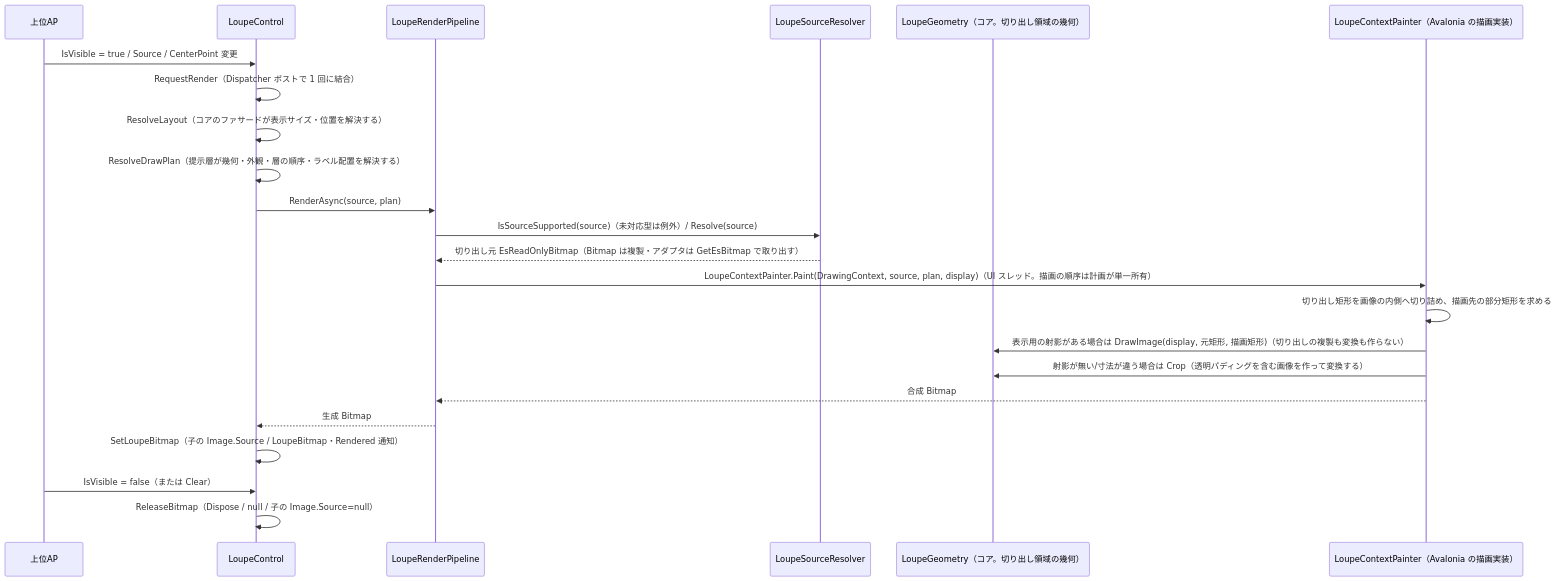
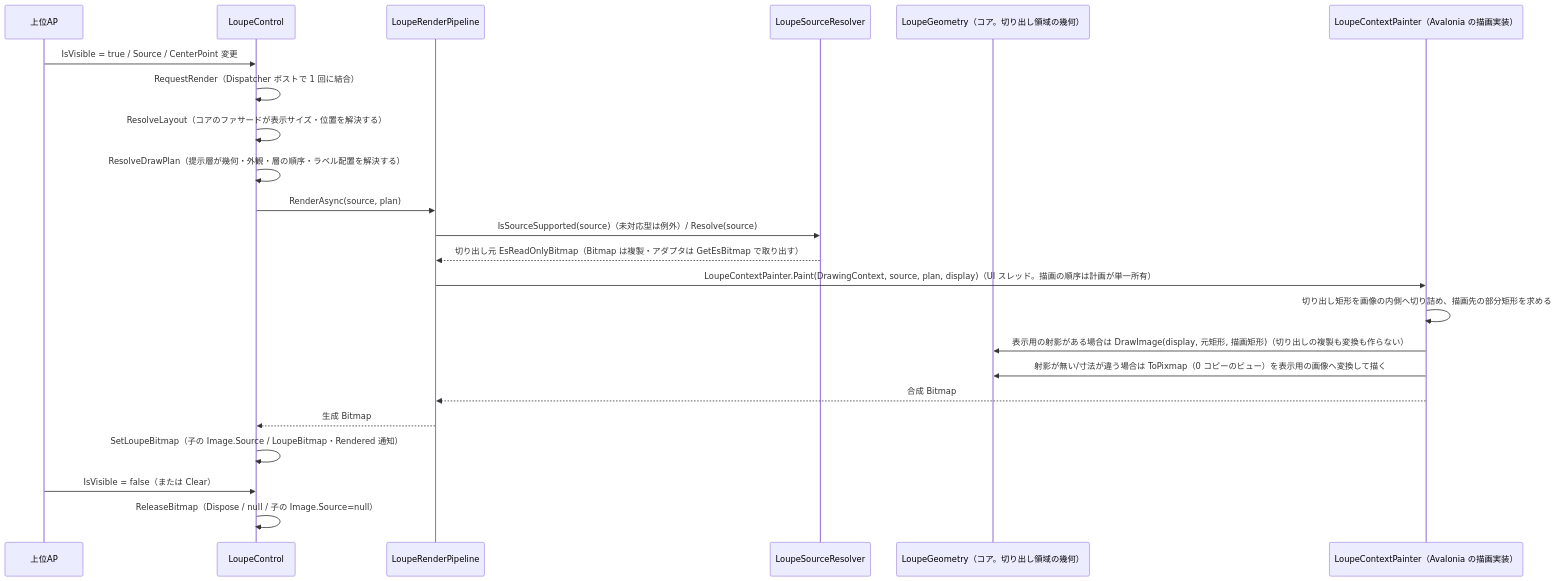
The second of 2 diagrams in src/EsUtil.Feature.Loupe.ControlAvaloniaUI/docs/SPEC_System.md (tomokuni/SaveEvidence), drawn with Mermaid before and after one commit. The commit also changed other lines of this file and 51 other files, not shown here.

````diff
--- a/src/EsUtil.Feature.Loupe.ControlAvaloniaUI/docs/SPEC_System.md
+++ b/src/EsUtil.Feature.Loupe.ControlAvaloniaUI/docs/SPEC_System.md
@@ -239,27 +239,27 @@
 ```mermaid
 sequenceDiagram
     participant AP as 上位AP
     participant Ctl as LoupeControl
     participant Pl as LoupeRenderPipeline
     participant Sr as LoupeSourceResolver
     participant Ext as LoupeGeometry（コア。切り出し領域の幾何）
     participant Rdr as LoupeContextPainter（Avalonia の描画実装）
 
     AP->>Ctl: IsVisible = true / Source / CenterPoint 変更
     Ctl->>Ctl: RequestRender（Dispatcher ポストで 1 回に結合）
     Ctl->>Ctl: ResolveLayout（コアのファサードが表示サイズ・位置を解決する）
     Ctl->>Ctl: ResolveDrawPlan（提示層が幾何・外観・層の順序・ラベル配置を解決する）
     Ctl->>Pl: RenderAsync(source, plan)
     Pl->>Sr: IsSourceSupported(source)（未対応型は例外）/ Resolve(source)
     Sr-->>Pl: 切り出し元 EsReadOnlyBitmap（Bitmap は複製・アダプタは GetEsBitmap で取り出す）
     Pl->>Rdr: LoupeContextPainter.Paint(DrawingContext, source, plan, display)（UI スレッド。描画の順序は計画が単一所有）
     Rdr->>Rdr: 切り出し矩形を画像の内側へ切り詰め、描画先の部分矩形を求める
     Rdr->>Ext: 表示用の射影がある場合は DrawImage(display, 元矩形, 描画矩形)（切り出しの複製も変換も作らない）
-    Rdr->>Ext: 射影が無い/寸法が違う場合は Crop（透明パディングを含む画像を作って変換する）
+    Rdr->>Ext: 射影が無い/寸法が違う場合は ToPixmap（0 コピーのビュー）を表示用の画像へ変換して描く
     Rdr-->>Pl: 合成 Bitmap
     Pl-->>Ctl: 生成 Bitmap
     Ctl->>Ctl: SetLoupeBitmap（子の Image.Source / LoupeBitmap・Rendered 通知）
 
     AP->>Ctl: IsVisible = false（または Clear）
     Ctl->>Ctl: ReleaseBitmap（Dispose / null / 子の Image.Source=null）
 ```
````
